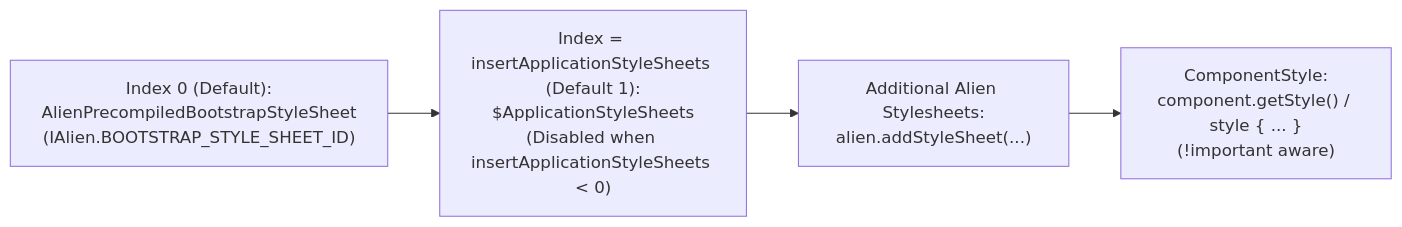
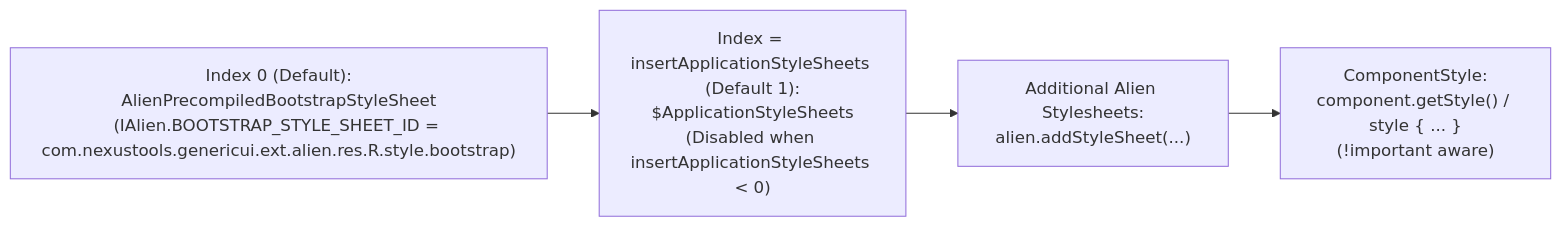
Before and after one commit to GenericUI/Extensions: the diagram in docs/alien.md, drawn with Mermaid. The commit also changed other lines of this file and 309 other files, not shown here.

Commit message:
Add schema, serviceworker, and pip extensions, upgrade overlay and media codecs/settings/volume controls, and update docs

````diff
--- a/docs/alien.md
+++ b/docs/alien.md
@@ -61,9 +56,9 @@
 ```mermaid
 flowchart LR
-    Index0["Index 0 (Default):<br/>AlienPrecompiledBootstrapStyleSheet<br/>(IAlien.BOOTSTRAP_STYLE_SHEET_ID)"]
+    Index0["Index 0 (Default):<br/>AlienPrecompiledBootstrapStyleSheet<br/>(IAlien.BOOTSTRAP_STYLE_SHEET_ID = com.nexustools.genericui.ext.alien.res.R.style.bootstrap)"]
     AppSheets["Index = insertApplicationStyleSheets (Default 1):<br/>$ApplicationStyleSheets<br/>(Disabled when insertApplicationStyleSheets < 0)"]
     CustomSheets["Additional Alien Stylesheets:<br/>alien.addStyleSheet(...)"]
     CompStyle["ComponentStyle:<br/>component.getStyle() / style { ... }<br/>(!important aware)"]
 
     Index0 --> AppSheets --> CustomSheets --> CompStyle
 ```
````
